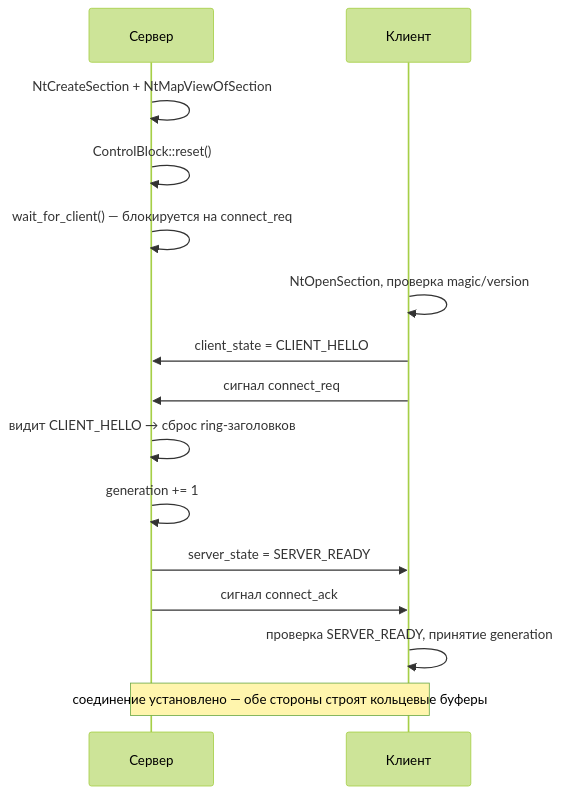
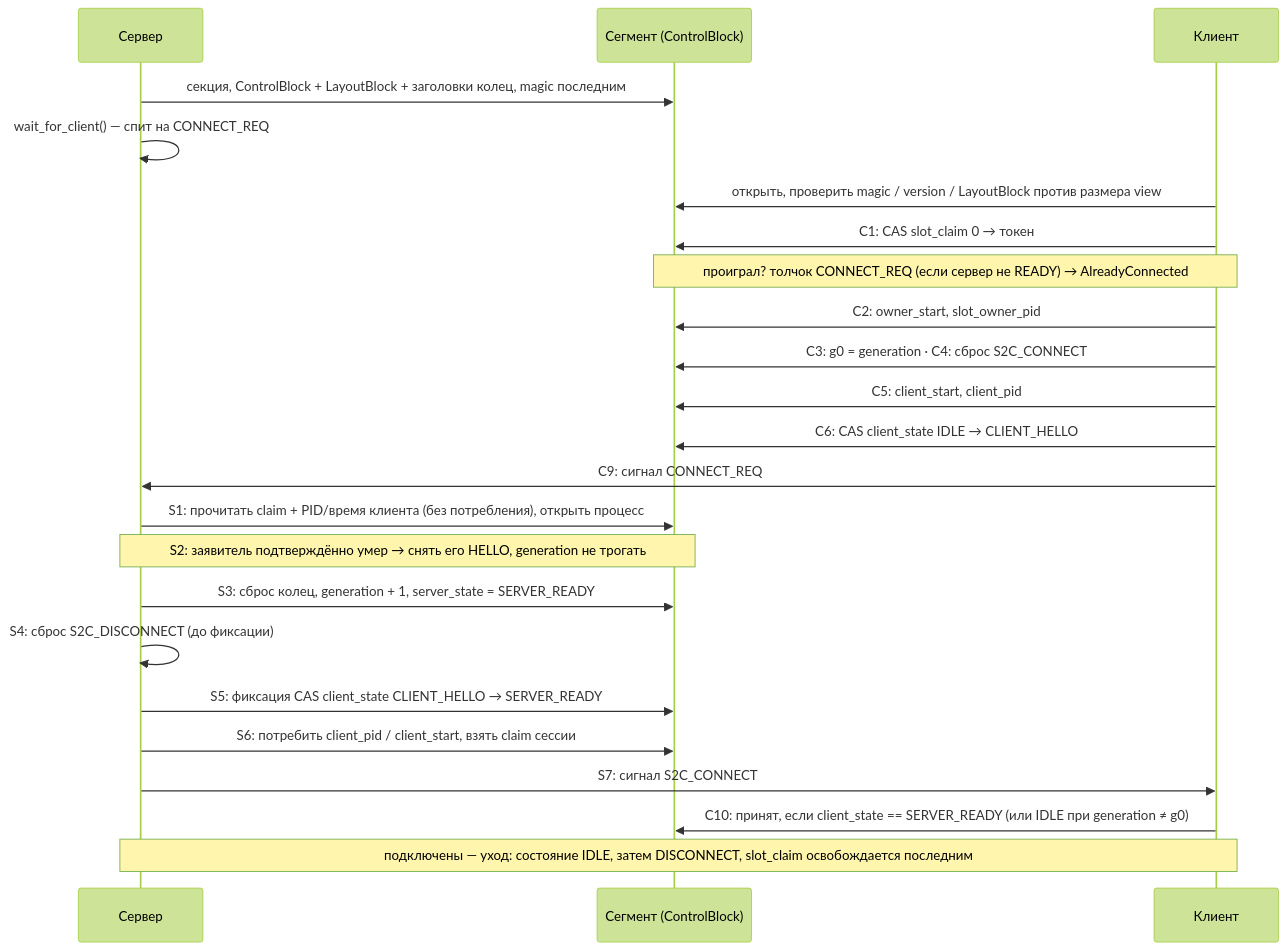
The third of 4 diagrams in README.ru.md (Platon7788/xshm), drawn with Mermaid (forest theme) before and after one commit. The commit also changed other lines of this file and 4 other files, not shown here.

````diff
--- a/README.ru.md
+++ b/README.ru.md
@@ -176,21 +299,29 @@
 ```mermaid
 sequenceDiagram
     participant S as Сервер
+    participant M as Сегмент (ControlBlock)
     participant C as Клиент
 
-    S->>S: NtCreateSection + NtMapViewOfSection
-    S->>S: ControlBlock::reset()
-    S->>S: wait_for_client() — блокируется на connect_req
+    S->>M: секция, ControlBlock + LayoutBlock + заголовки колец, magic последним
+    S->>S: wait_for_client() — спит на CONNECT_REQ
 
-    C->>C: NtOpenSection, проверка magic/version
-    C->>S: client_state = CLIENT_HELLO
-    C->>S: сигнал connect_req
+    C->>M: открыть, проверить magic / version / LayoutBlock против размера view
+    C->>M: C1: CAS slot_claim 0 → токен
+    Note over C,M: проиграл? толчок CONNECT_REQ (если сервер не READY) → AlreadyConnected
+    C->>M: C2: owner_start, slot_owner_pid
+    C->>M: C3: g0 = generation · C4: сброс S2C_CONNECT
+    C->>M: C5: client_start, client_pid
+    C->>M: C6: CAS client_state IDLE → CLIENT_HELLO
+    C->>S: C9: сигнал CONNECT_REQ
 
-    S->>S: видит CLIENT_HELLO → сброс ring-заголовков
-    S->>S: generation += 1
-    S->>C: server_state = SERVER_READY
-    S->>C: сигнал connect_ack
+    S->>M: S1: прочитать claim + PID/время клиента (без потребления), открыть процесс
+    Note over S,M: S2: заявитель подтверждённо умер → снять его HELLO, generation не трогать
+    S->>M: S3: сброс колец, generation + 1, server_state = SERVER_READY
+    S->>S: S4: сброс S2C_DISCONNECT (до фиксации)
+    S->>M: S5: фиксация CAS client_state CLIENT_HELLO → SERVER_READY
+    S->>M: S6: потребить client_pid / client_start, взять claim сессии
+    S->>C: S7: сигнал S2C_CONNECT
 
-    C->>C: проверка SERVER_READY, принятие generation
-    Note over S,C: соединение установлено — обе стороны строят кольцевые буферы
+    C->>M: C10: принят, если client_state == SERVER_READY (или IDLE при generation ≠ g0)
+    Note over S,C: подключены — уход: состояние IDLE, затем DISCONNECT, slot_claim освобождается последним
 ```
````
